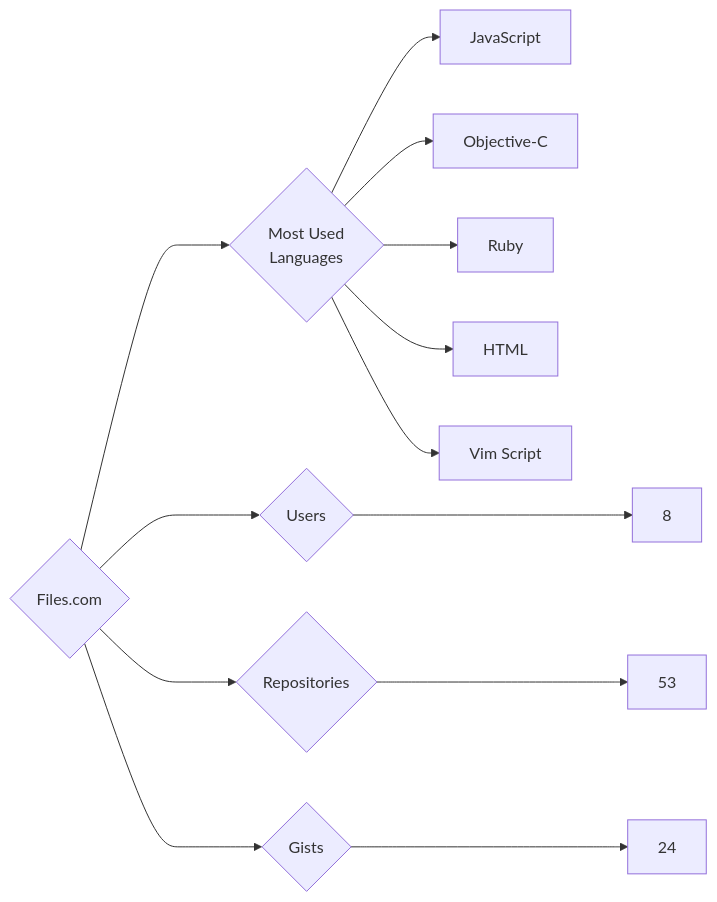
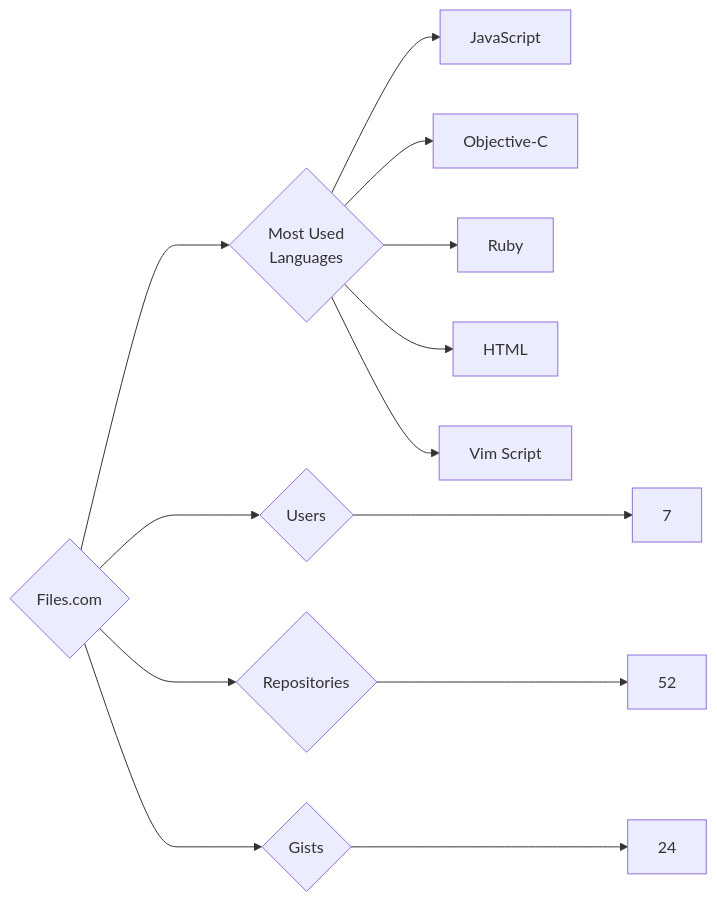
Before and after one commit to trickest/insiders: the diagram in targets/Files.com/README.md, drawn with Mermaid. The commit also changed 859 other files, not shown here.

````diff
--- a/targets/Files.com/README.md
+++ b/targets/Files.com/README.md
@@ -3,13 +3,13 @@
 ```mermaid
 graph LR
 COMPANY_NAME{Files.com}
-COMPANY_NAME ---> U{Users} ---> UN[8]
-COMPANY_NAME ---> R{Repositories} ---> RN[53]
+COMPANY_NAME ---> U{Users} ---> UN[7]
+COMPANY_NAME ---> R{Repositories} ---> RN[52]
 COMPANY_NAME ---> G{Gists} ---> GN[24]
 COMPANY_NAME ---> ML{Most Used<br>Languages}
 ML --> JavaScript[JavaScript]
 ML --> Objective-C[Objective-C]
 ML --> Ruby[Ruby]
 ML --> HTML[HTML]
 ML --> Vim_Script[Vim Script]
 ```
````
